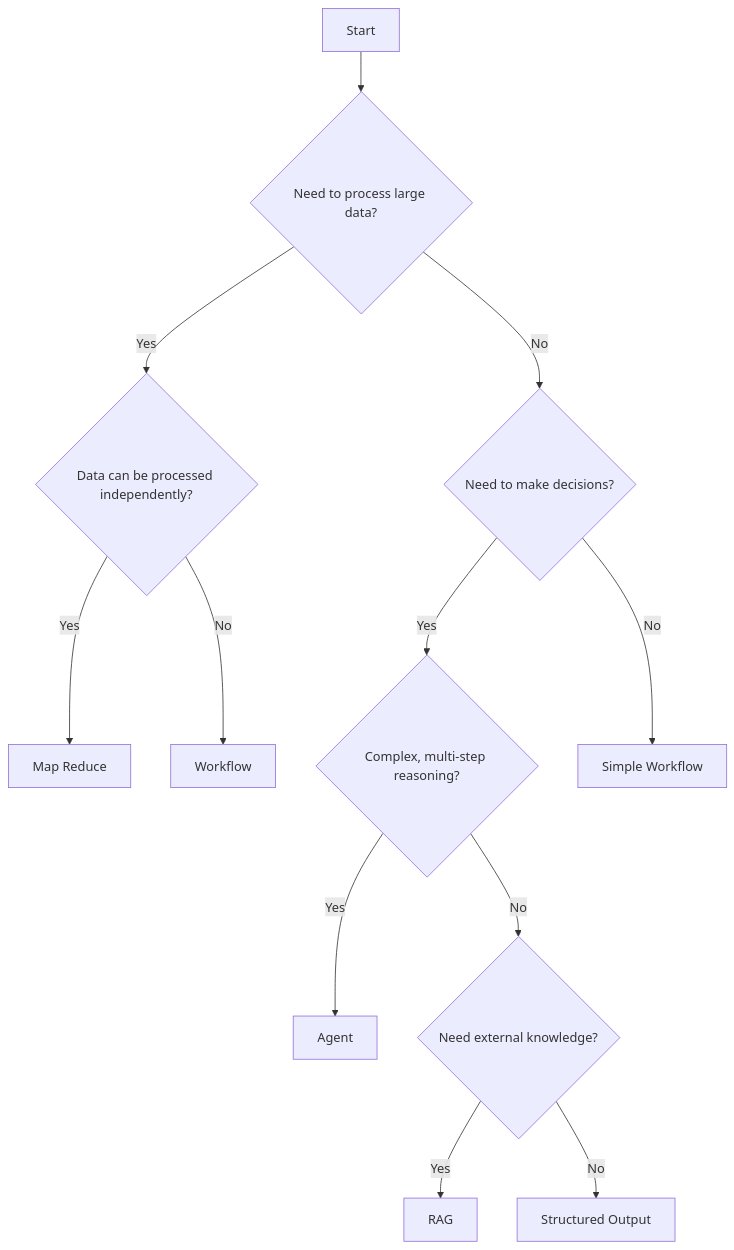
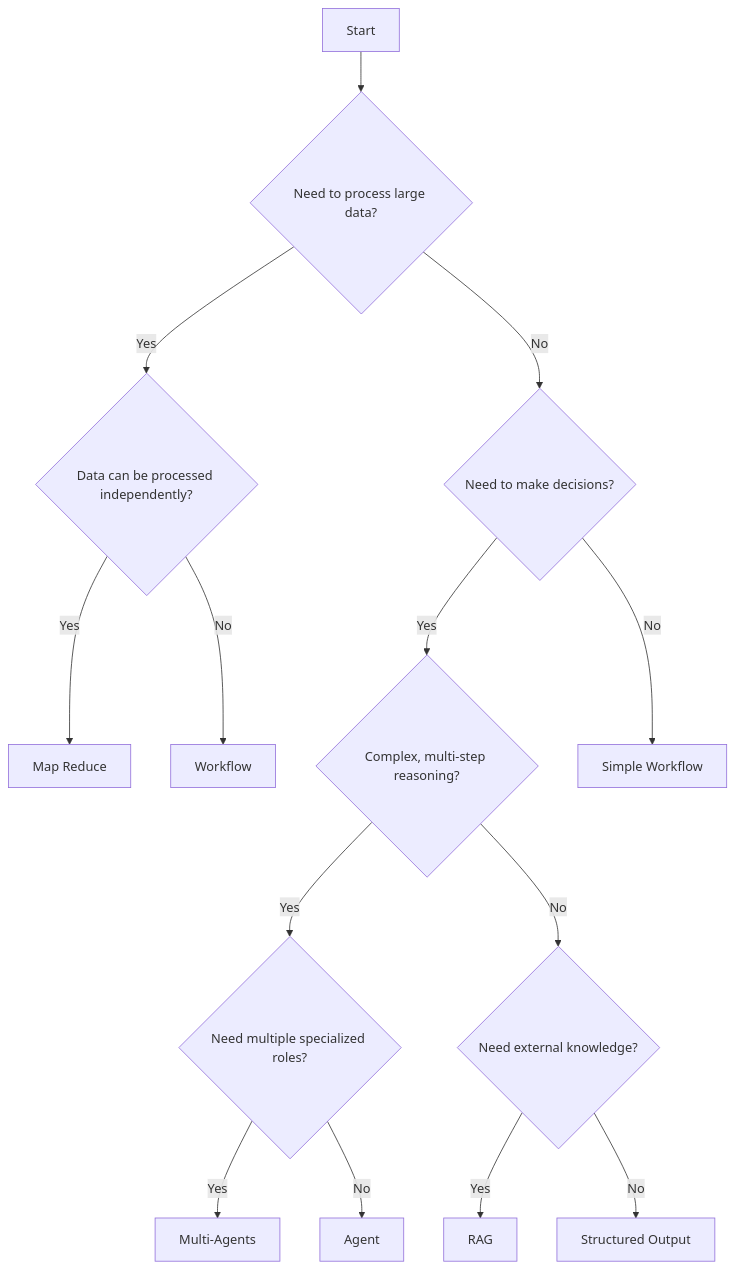
One commit to skadaai/caskada changed the first of 2 diagrams in docs/design_pattern/index.md. Above: the diagram before and after it, drawn with Mermaid. The commit also changed other lines of this file and 1 other file, not shown here.

````diff
--- a/docs/design_pattern/index.md
+++ b/docs/design_pattern/index.md
@@ -40,18 +39,21 @@
 ```mermaid
 flowchart TD
     A[Start] --> B{Need to process large data?}
     B -->|Yes| C{Data can be processed independently?}
     B -->|No| D{Need to make decisions?}
 
     C -->|Yes| E[Map Reduce]
     C -->|No| F[Workflow]
 
     D -->|Yes| G{Complex, multi-step reasoning?}
     D -->|No| H[Simple Workflow]
 
-    G -->|Yes| I[Agent]
+    G -->|Yes| I{Need multiple specialized roles?}
     G -->|No| J{Need external knowledge?}
 
-    J -->|Yes| K[RAG]
-    J -->|No| L[Structured Output]
+    I -->|Yes| K[Multi-Agents]
+    I -->|No| L[Agent]
+
+    J -->|Yes| M[RAG]
+    J -->|No| N[Structured Output]
 ```
````
